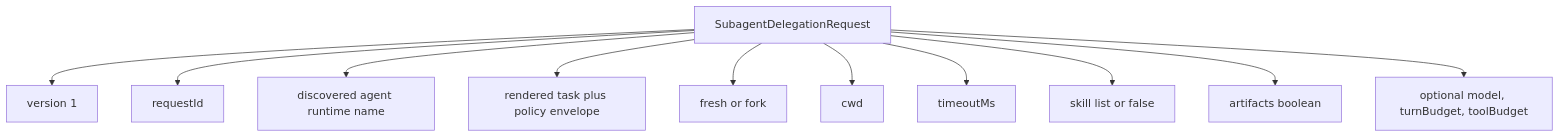
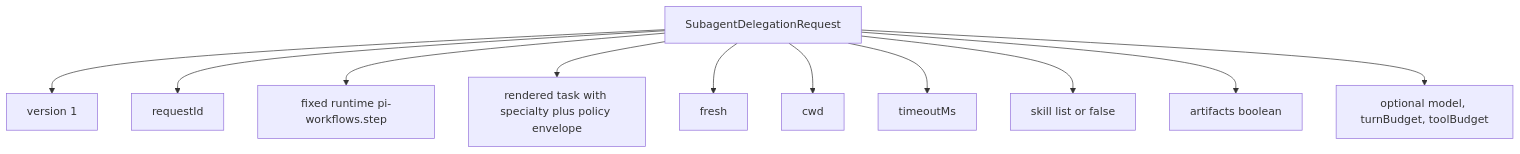
One commit to wichayutdew/pi-workflows changed the second of 6 diagrams in openwiki/integrations/subagents.md. Above: the diagram before and after it, drawn with Mermaid. The commit also changed other lines of this file and 32 other files, not shown here.

````diff
--- a/openwiki/integrations/subagents.md
+++ b/openwiki/integrations/subagents.md
@@ -38,13 +36,13 @@
 ```mermaid
 flowchart TD
   Request[SubagentDelegationRequest] --> Version[version 1]
   Request --> Id[requestId]
-  Request --> Agent[discovered agent runtime name]
-  Request --> Task[rendered task plus policy envelope]
-  Request --> Context[fresh or fork]
+  Request --> Agent[fixed runtime pi-workflows.step]
+  Request --> Task[rendered task with specialty plus policy envelope]
+  Request --> Context[fresh]
   Request --> Cwd[cwd]
   Request --> Timeout[timeoutMs]
   Request --> Skills[skill list or false]
   Request --> Artifacts[artifacts boolean]
   Request --> Optional[optional model, turnBudget, toolBudget]
 ```
````
